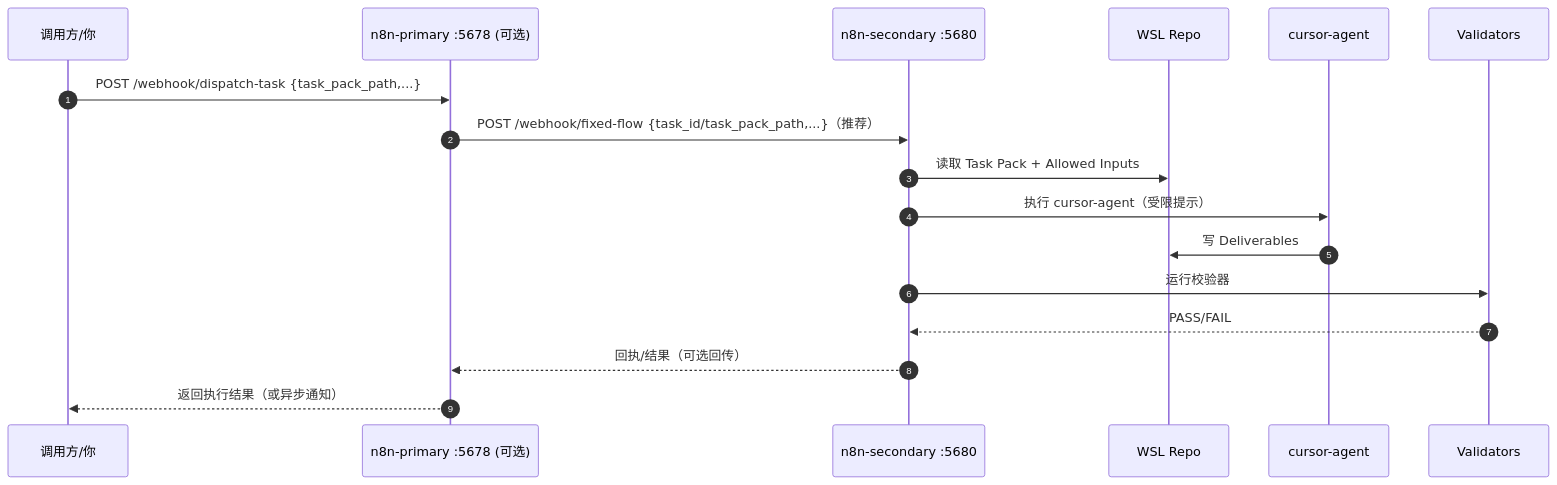
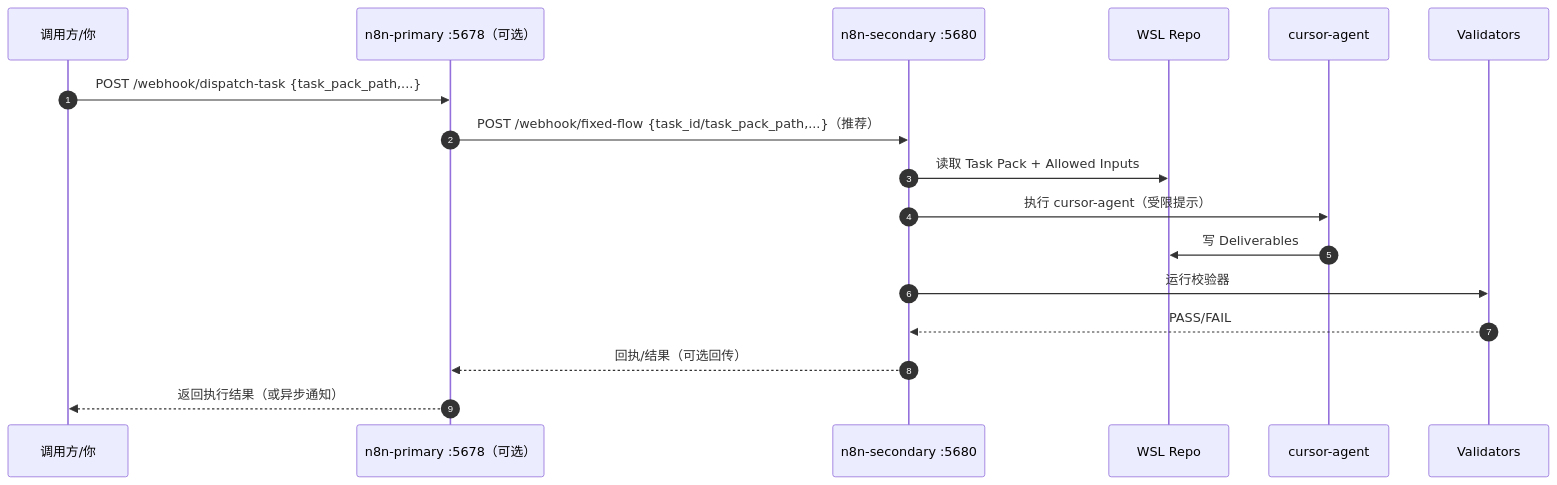
The third of 4 diagrams in workflows/project/pipelines/pipelines/n8n_cursor_cli_overview.md (angelash/Footnote), drawn with Mermaid before and after one commit. The commit also changed other lines of this file and 3 other files, not shown here.

Commit message:
docs(pipeline-sys): standardize Mermaid syntax in flowcharts across multiple documents for improved readability and consistency

````diff
--- a/workflows/project/pipelines/pipelines/n8n_cursor_cli_overview.md
+++ b/workflows/project/pipelines/pipelines/n8n_cursor_cli_overview.md
@@ -127,20 +127,20 @@
 ```mermaid
 sequenceDiagram
   autonumber
   participant Client as 调用方/你
-  participant N8NP as n8n-primary :5678 (可选)
+  participant N8NP as n8n-primary :5678（可选）
   participant N8NS as n8n-secondary :5680
   participant Repo as WSL Repo
   participant CA as cursor-agent
   participant V as Validators
 
   Client->>N8NP: POST /webhook/dispatch-task {task_pack_path,...}
   N8NP->>N8NS: POST /webhook/fixed-flow {task_id/task_pack_path,...}（推荐）
   N8NS->>Repo: 读取 Task Pack + Allowed Inputs
   N8NS->>CA: 执行 cursor-agent（受限提示）
   CA->>Repo: 写 Deliverables
   N8NS->>V: 运行校验器
   V-->>N8NS: PASS/FAIL
   N8NS-->>N8NP: 回执/结果（可选回传）
   N8NP-->>Client: 返回执行结果（或异步通知）
 ```
````
